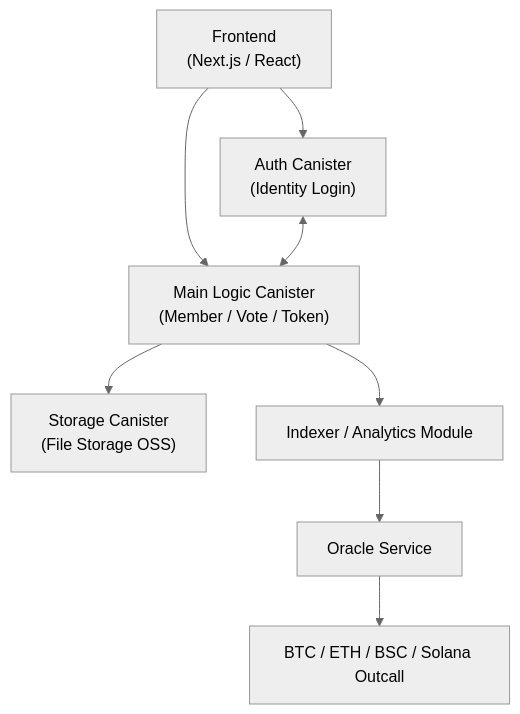
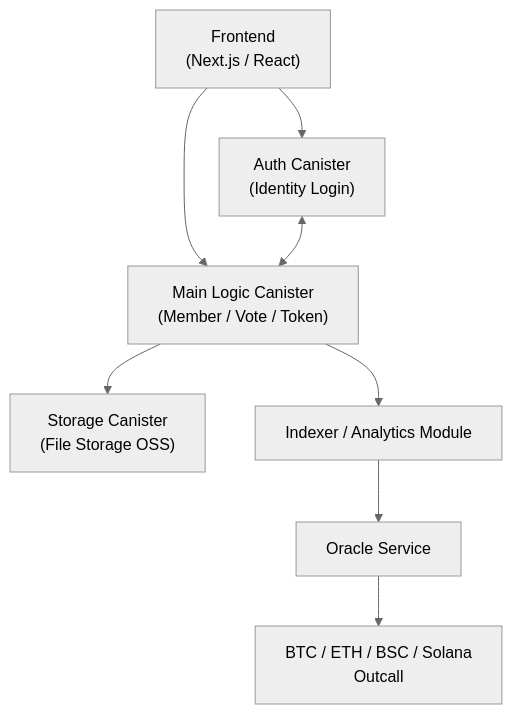
The diagram in README.md (gov-mind/ic_govmind), drawn with Mermaid (neutral theme) before and after one commit.

````diff
--- a/README.md
+++ b/README.md
@@ -53,22 +53,23 @@
 ```mermaid
 graph TD
   FE["Frontend
   (Next.js / React)"]
   Auth["Auth Canister
   (Identity Login)"]
   Main["Main Logic Canister
   (Member / Vote / Token)"]
   Store["Storage Canister
   (File Storage OSS)"]
   Indexer["Indexer / Analytics Module"]
   Oracle["Oracle Service"]
-  Chain["BTC / ETH / BSC / Solana Outcall"]
+  Chain["BTC / ETH / BSC / Solana 
+  Outcall"]
 
   FE --> Auth
   FE --> Main
   Auth <--> Main
   Main --> Store
   Main --> Indexer
   Indexer --> Oracle
   Oracle --> Chain
 ```
````
